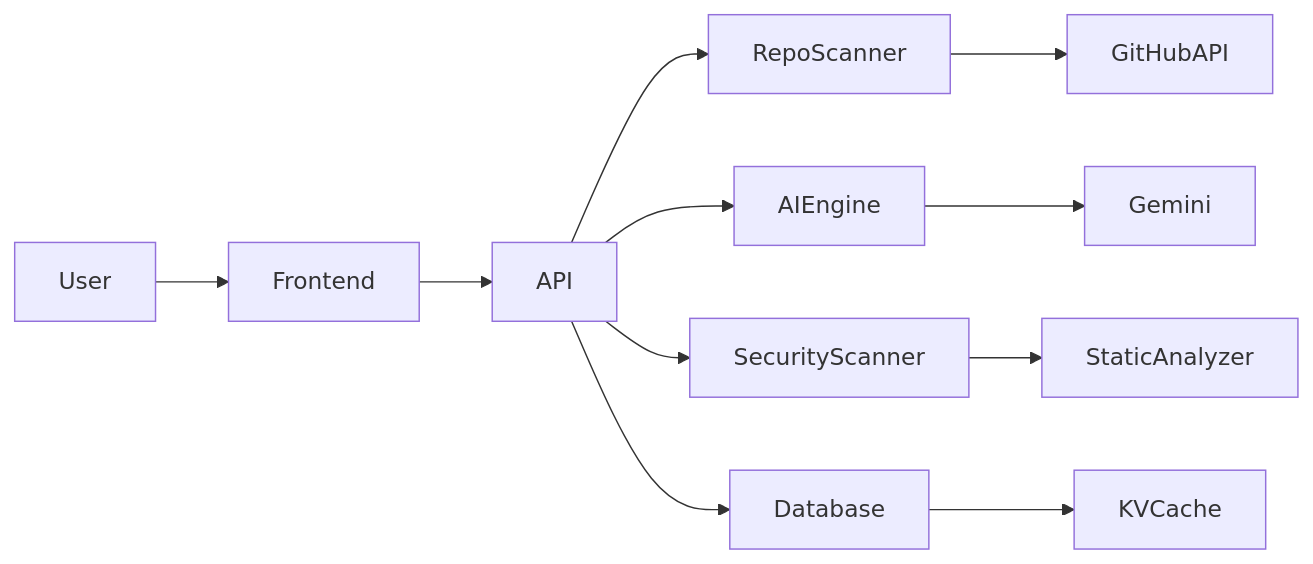
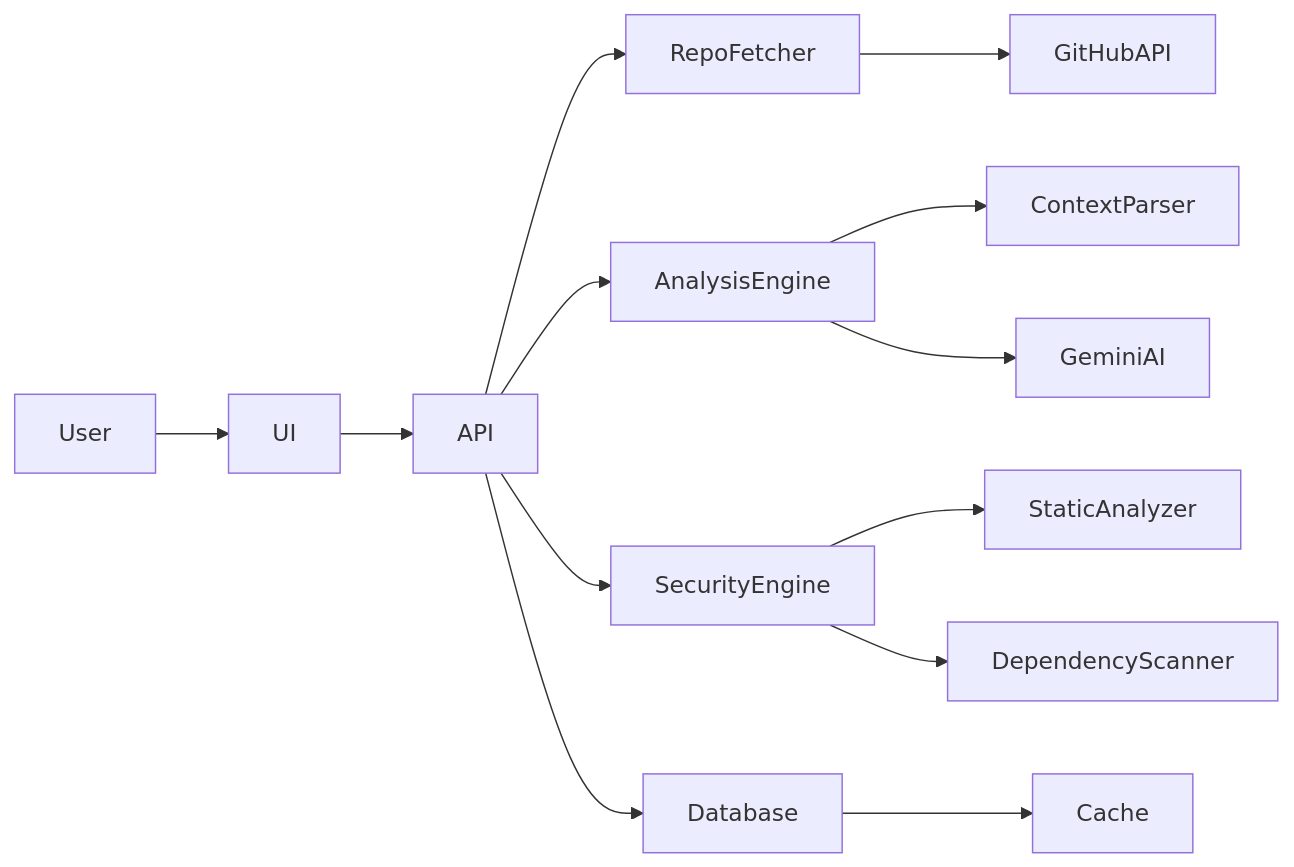
Before and after one commit to 0Raghav-Sharma0/gitPulse: the second of 2 diagrams in README.md, drawn with Mermaid. The commit also changed other lines of this file, not shown here.

````diff
--- a/README.md
+++ b/README.md
@@ -182,17 +170,22 @@
 ```mermaid
 flowchart LR
 
-User --> Frontend
-Frontend --> API
+User --> UI
 
-API --> RepoScanner
-API --> AIEngine
-API --> SecurityScanner
+UI --> API
 
-RepoScanner --> GitHubAPI
-AIEngine --> Gemini
-SecurityScanner --> StaticAnalyzer
+API --> RepoFetcher
+API --> AnalysisEngine
+API --> SecurityEngine
+
+RepoFetcher --> GitHubAPI
+
+AnalysisEngine --> ContextParser
+AnalysisEngine --> GeminiAI
+
+SecurityEngine --> StaticAnalyzer
+SecurityEngine --> DependencyScanner
 
 API --> Database
-Database --> KVCache
+Database --> Cache
 ```
````
